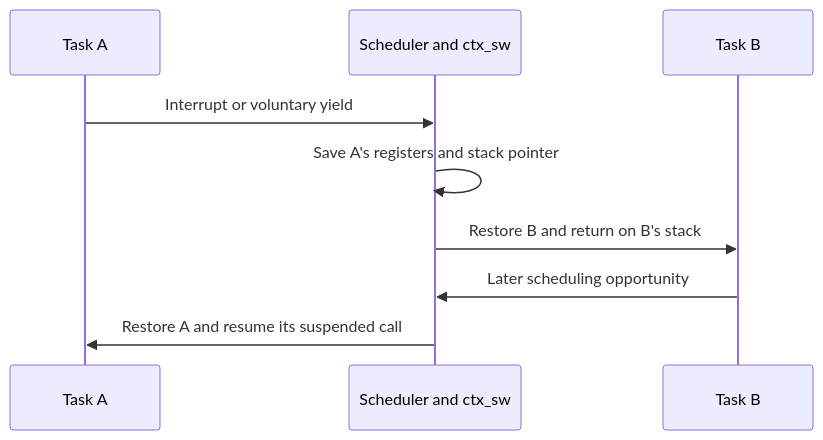
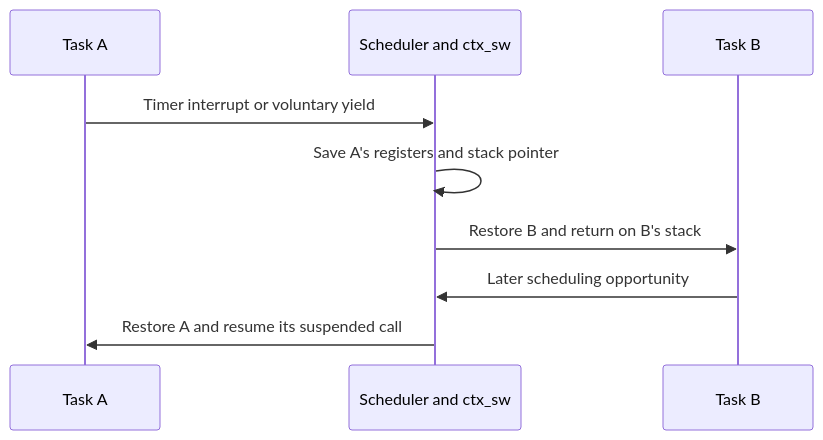
The second of 2 diagrams in docs/09-development.md (Raiagues/OS), drawn with Mermaid before and after one commit. The commit also changed other lines of this file and 275 other files, not shown here.

````diff
--- a/docs/09-development.md
+++ b/docs/09-development.md
@@ -80,11 +129,11 @@
 ```mermaid
 sequenceDiagram
     participant A as Task A
     participant S as Scheduler and ctx_sw
     participant B as Task B
-    A->>S: Interrupt or voluntary yield
+    A->>S: Timer interrupt or voluntary yield
     S->>S: Save A's registers and stack pointer
     S->>B: Restore B and return on B's stack
     B->>S: Later scheduling opportunity
     S->>A: Restore A and resume its suspended call
 ```
````
